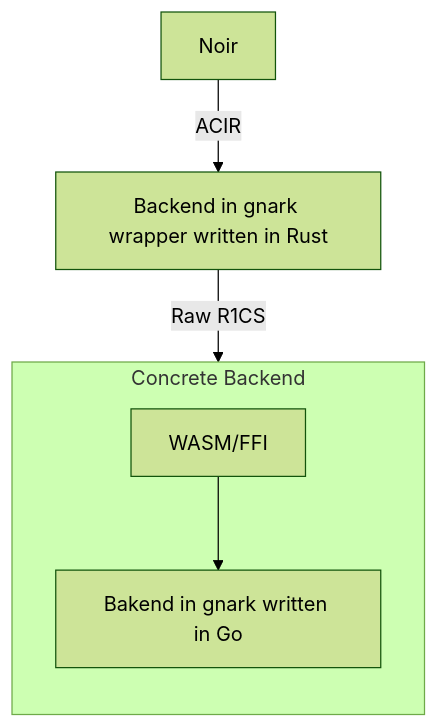
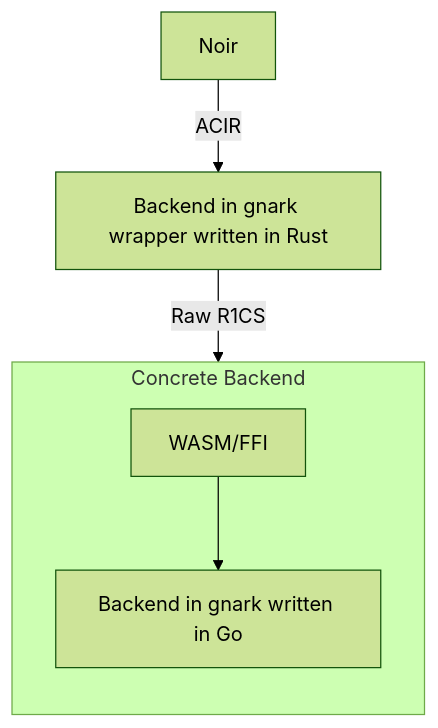
One commit to lambdaclass/noir_backend_using_gnark changed the diagram in README.md. Above: the diagram before and after it, drawn with Mermaid (forest theme). The commit also changed other lines of this file, not shown here.

````diff
--- a/README.md
+++ b/README.md
@@ -9,9 +9,9 @@
 ```mermaid
 flowchart
     N[Noir] --ACIR--> BR[Backend in gnark wrapper in Rust]
     BR[Backend in gnark wrapper written in Rust] --Raw R1CS--> B[Concrete Backend]
     subgraph B[Concrete Backend]
         direction TB
-        BW[WASM/FFI] --> BG[Bakend in gnark written in Go]
+        BW[WASM/FFI] --> BG[Backend in gnark written in Go]
     end
 ```
````
